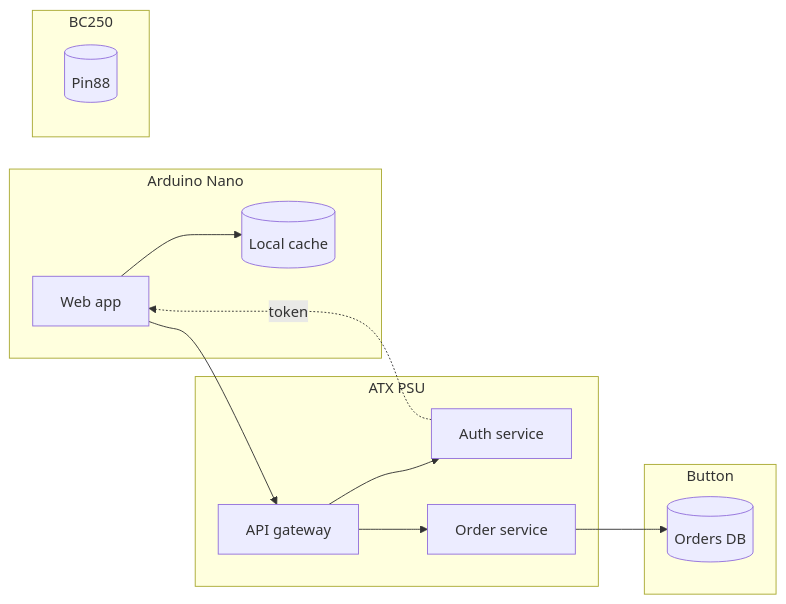
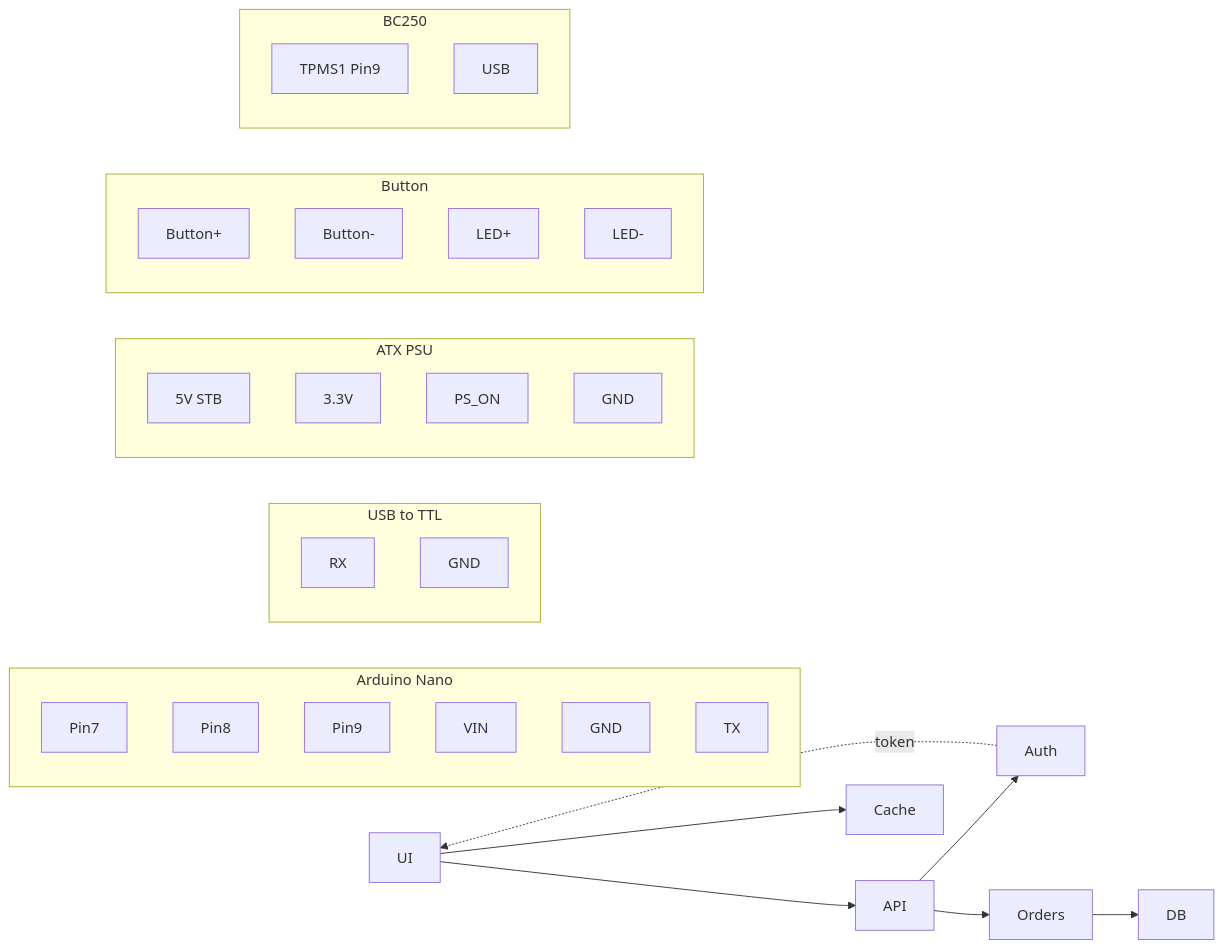
Before and after one commit to coolsolgit/BC250-ATX-PSU-Control: the second of 2 diagrams in README.md, drawn with Mermaid.

````diff
--- a/README.md
+++ b/README.md
@@ -55,24 +55,37 @@
 ```mermaid
 flowchart LR
   subgraph Arduino Nano
-    UI[Web app]
-    Cache[(Local cache)]
+    P7[Pin7]
+    P8[Pin8]
+    P9[Pin9]
+    VIN[VIN]
+    AGND[GND]
+    TX[TX]
+  end
+  subgraph USB to TTL
+    RX[RX]
+    UGND[GND]
   end
   subgraph ATX PSU
-    API[API gateway]
-    Auth[Auth service]
-    Orders[Order service]
+    5V[5V STB]
+    3.3V[3.3V]
+    PS_ON[PS_ON]
+    GND[GND]
   end
   subgraph Button
-    DB[(Orders DB)]
+    BTN1[Button+]
+    BTN2[Button-]
+    LED1[LED+]
+    LED2[LED-]
   end
   subgraph BC250
-    TPMS[(Pin88)]
+    TPMS[TPMS1 Pin9]
+    USB[USB]
   end
   UI --> API
   UI --> Cache
   API --> Auth
   API --> Orders
   Orders --> DB
   Auth -. token .-> UI
 ```
````
